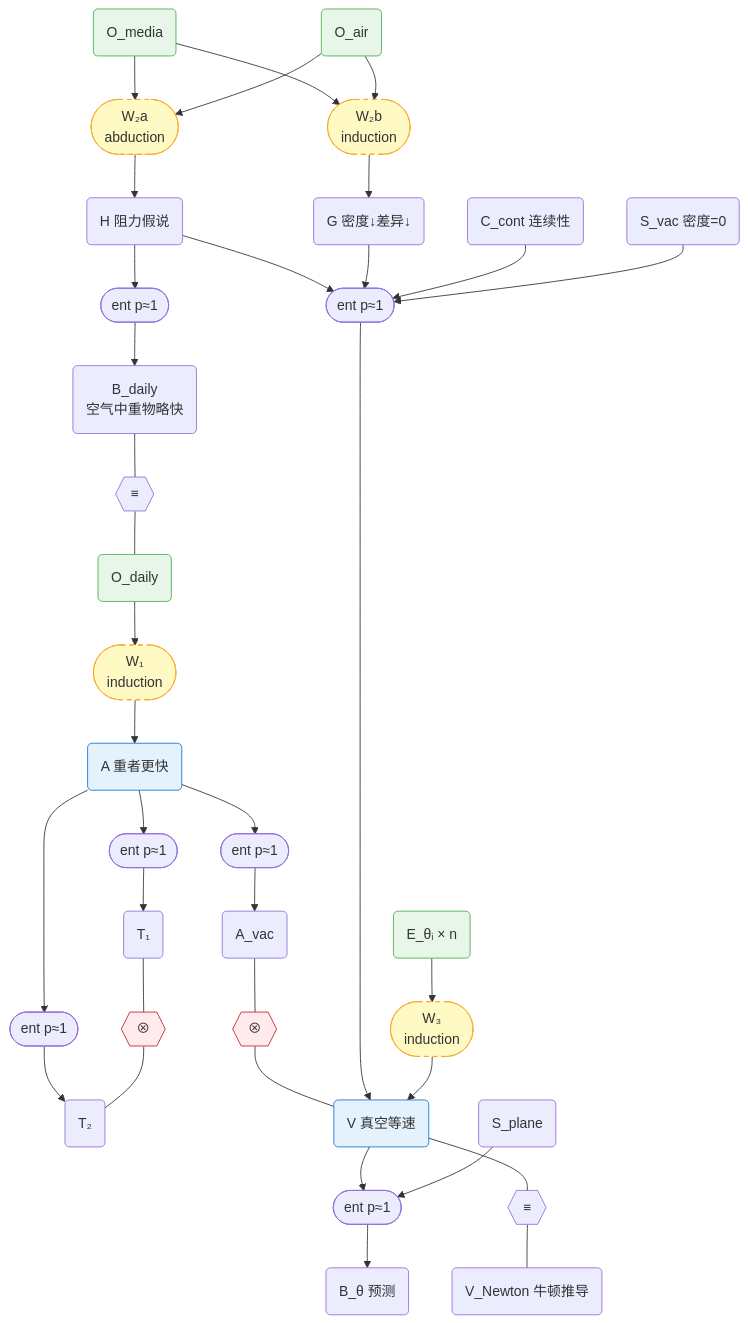
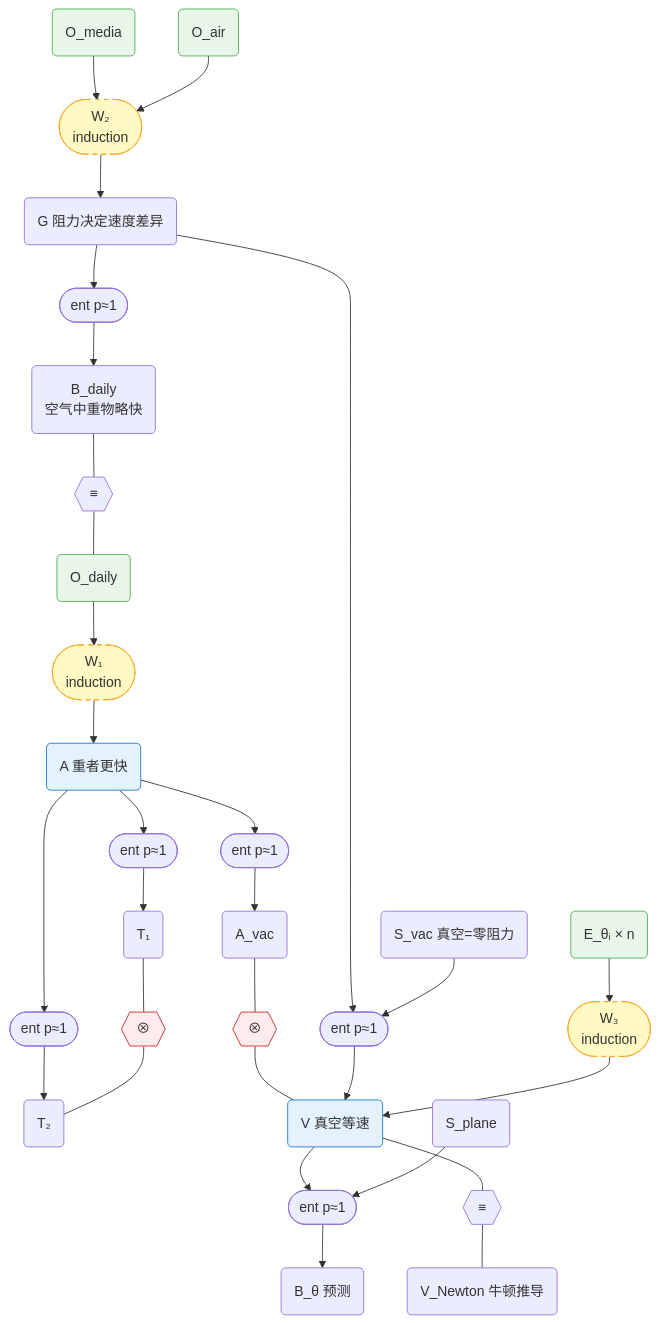
Before and after one commit to newtontech/Gaia: the ninth of 9 diagrams in docs/foundations/theory/science-formalization.md, drawn with Mermaid. The commit also changed other lines of this file, not shown here.

First line of the commit message:
docs: restructure W₂ as induction+entailment, merge H/G, remove C_cont

````diff
--- a/docs/foundations/theory/science-formalization.md
+++ b/docs/foundations/theory/science-formalization.md
@@ -372,39 +348,35 @@
 ```mermaid
 graph TD
     %% ===== Logic path (refute A) =====
     Odaily("O_daily"):::obs --> w1(["W₁<br/>induction"]):::weak --> A("A 重者更快"):::concl
     A --> fA1(["ent p≈1"]) --> T1("T₁")
     A --> fA2(["ent p≈1"]) --> T2("T₂")
     T1 --- c1{{"⊗"}}:::contra --- T2
     A --> fAvac(["ent p≈1"]) --> Avac("A_vac")
     Avac --- c2{{"⊗"}}:::contra --- V
 
-    %% ===== Observation path (W₂ analogy expanded) =====
-    Omedia("O_media"):::obs --> w2a(["W₂a<br/>abduction"]):::weak --> H("H 阻力假说")
-    Oair("O_air"):::obs --> w2a
-    Omedia --> w2b(["W₂b<br/>induction"]):::weak --> G("G 密度↓差异↓")
-    Oair --> w2b
-    H --> f1(["ent p≈1"])
-    G --> f1
-    Ccont("C_cont 连续性") --> f1
-    Svac("S_vac 密度=0") --> f1
+    %% ===== Observation path (W₂ induction expanded) =====
+    Omedia("O_media"):::obs --> w2(["W₂<br/>induction"]):::weak --> G("G 阻力决定速度差异")
+    Oair("O_air"):::obs --> w2
+    G --> f1(["ent p≈1"])
+    Svac("S_vac 真空=零阻力") --> f1
     f1 --> V("V 真空等速"):::concl
 
-    %% ===== H explains O_daily (explaining away) =====
-    H --> fHd(["ent p≈1"]) --> Bdaily("B_daily<br/>空气中重物略快")
+    %% ===== G explains O_daily (explaining away) =====
+    G --> fGd(["ent p≈1"]) --> Bdaily("B_daily<br/>空气中重物略快")
     Bdaily --- eqd{{"≡"}} --- Odaily
 
     %% ===== Experiment path (W₃ induction expanded) =====
     V --> f2(["ent p≈1"])
     Sp("S_plane") --> f2
     f2 --> Btheta("B_θ 预测")
     Etheta("E_θᵢ × n"):::obs --> w3(["W₃<br/>induction"]):::weak --> V
 
     %% ===== Constraints =====
     V --- veq{{"≡"}} --- VN("V_Newton 牛顿推导")
 
     classDef obs fill:#e8f5e9,stroke:#4caf50
     classDef concl fill:#e3f2fd,stroke:#1976d2
     classDef contra fill:#ffebee,stroke:#c62828
     classDef weak fill:#fff9c4,stroke:#f9a825,stroke-dasharray: 5 5
 ```
````
